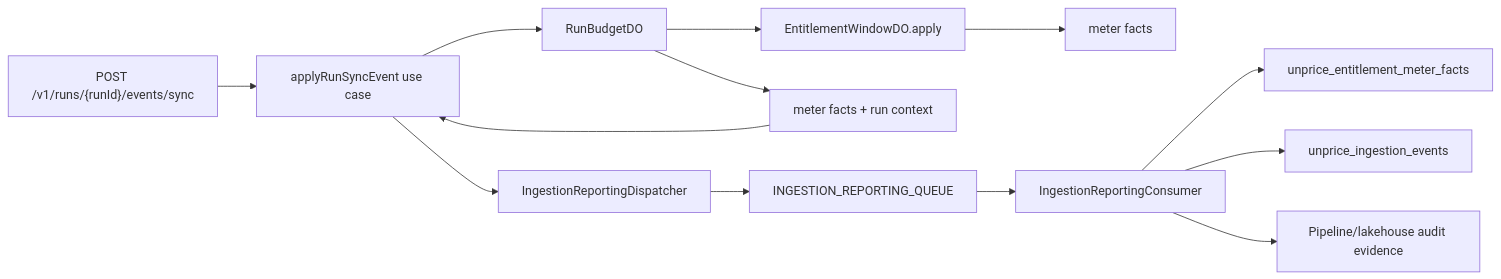
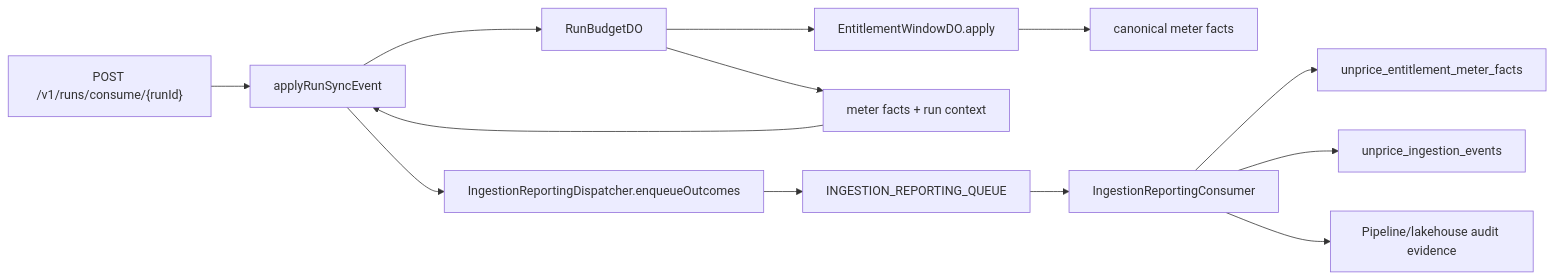
One commit to jhonsfran/unprice changed the diagram in docs/superpowers/plans/2026-06-19-budget-run-analytics-attribution.md. Above: the diagram before and after it, drawn with Mermaid. The commit also changed other lines of this file and 9 other files, not shown here.

````diff
--- a/docs/superpowers/plans/2026-06-19-budget-run-analytics-attribution.md
+++ b/docs/superpowers/plans/2026-06-19-budget-run-analytics-attribution.md
@@ -24,15 +31,15 @@
 ```mermaid
 flowchart LR
-  Route["POST /v1/runs/{runId}/events/sync"] --> UseCase["applyRunSyncEvent use case"]
+  Route["POST /v1/runs/consume/{runId}"] --> UseCase["applyRunSyncEvent"]
   UseCase --> Budget["RunBudgetDO"]
   Budget --> Ent["EntitlementWindowDO.apply"]
-  Ent --> Facts["meter facts"]
-  Budget --> EnrichedFacts["meter facts + run context"]
-  EnrichedFacts --> UseCase
-  UseCase --> Reporting["IngestionReportingDispatcher"]
+  Ent --> Facts["canonical meter facts"]
+  Budget --> RunFacts["meter facts + run context"]
+  RunFacts --> UseCase
+  UseCase --> Reporting["IngestionReportingDispatcher.enqueueOutcomes"]
   Reporting --> Queue["INGESTION_REPORTING_QUEUE"]
   Queue --> Consumer["IngestionReportingConsumer"]
   Consumer --> TinybirdFacts["unprice_entitlement_meter_facts"]
   Consumer --> TinybirdStatus["unprice_ingestion_events"]
   Consumer --> Audit["Pipeline/lakehouse audit evidence"]
 ```
````
